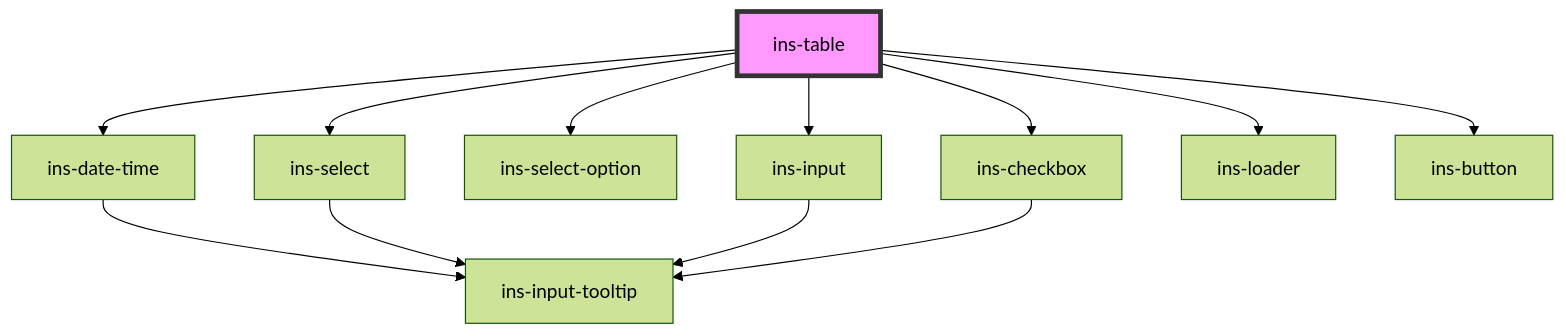
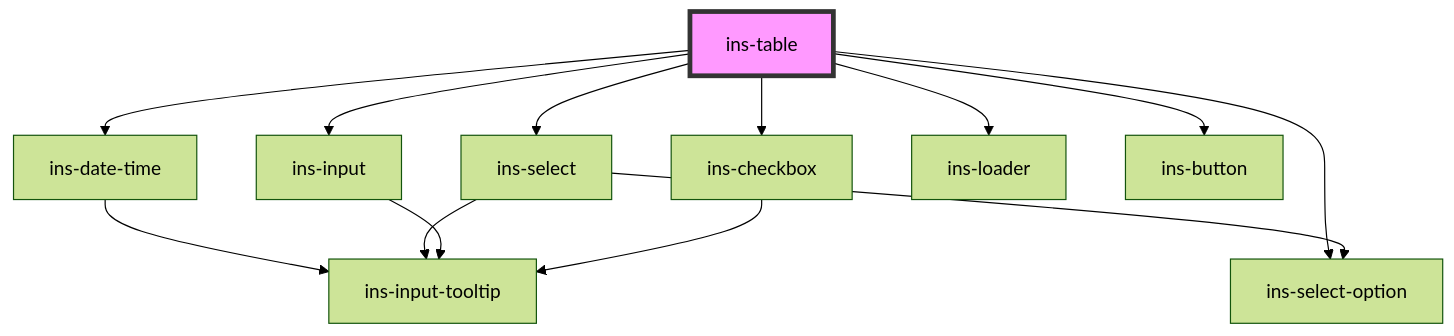
The diagram in components/src/components/ins-table/readme.md (insites-io/insites-components-v2), drawn with Mermaid (forest theme) before and after one commit. The commit also changed 151 other files, not shown here.

````diff
--- a/components/src/components/ins-table/readme.md
+++ b/components/src/components/ins-table/readme.md
@@ -103,15 +103,16 @@
 ```mermaid
 graph TD;
   ins-table --> ins-date-time
   ins-table --> ins-select
   ins-table --> ins-select-option
   ins-table --> ins-input
   ins-table --> ins-checkbox
   ins-table --> ins-loader
   ins-table --> ins-button
   ins-date-time --> ins-input-tooltip
   ins-select --> ins-input-tooltip
+  ins-select --> ins-select-option
   ins-input --> ins-input-tooltip
   ins-checkbox --> ins-input-tooltip
   style ins-table fill:#f9f,stroke:#333,stroke-width:4px
 ```
````
